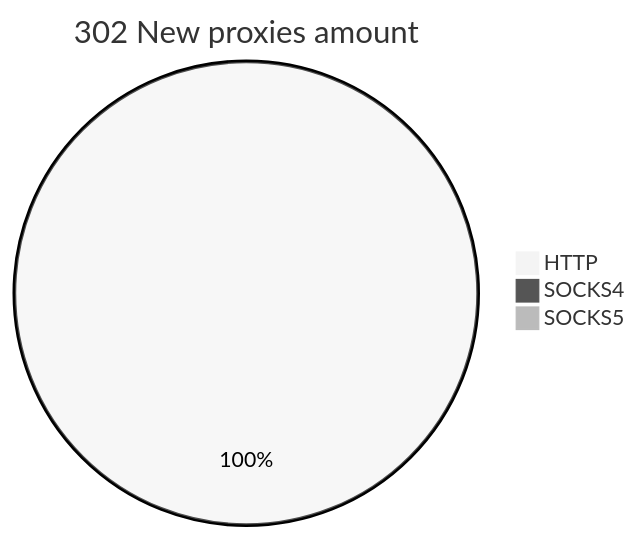
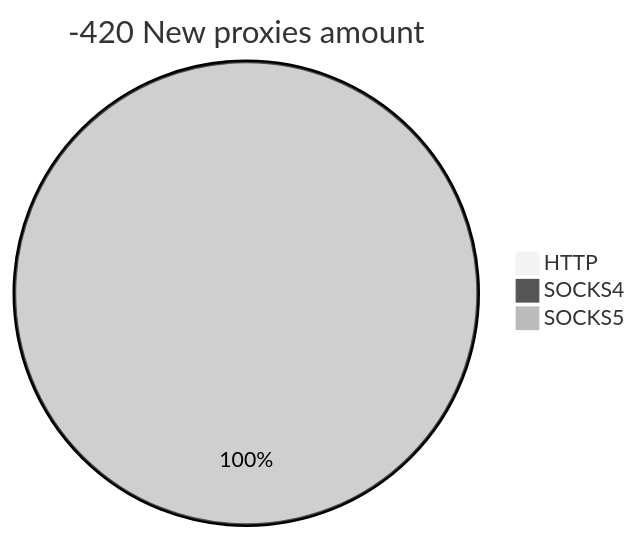
The second of 2 diagrams in README.md (cutipu/proxylist), drawn with Mermaid (neutral theme) before and after one commit. The commit also changed other lines of this file, not shown here.

````diff
--- a/README.md
+++ b/README.md
@@ -10,6 +10,6 @@
 ```mermaid
-pie title 302 New proxies amount
-    "HTTP" : 486
+pie title -420 New proxies amount
+    "HTTP" : 0
     "SOCKS4" : 0
-    "SOCKS5" : 0
+    "SOCKS5" : 1
 ```
````
